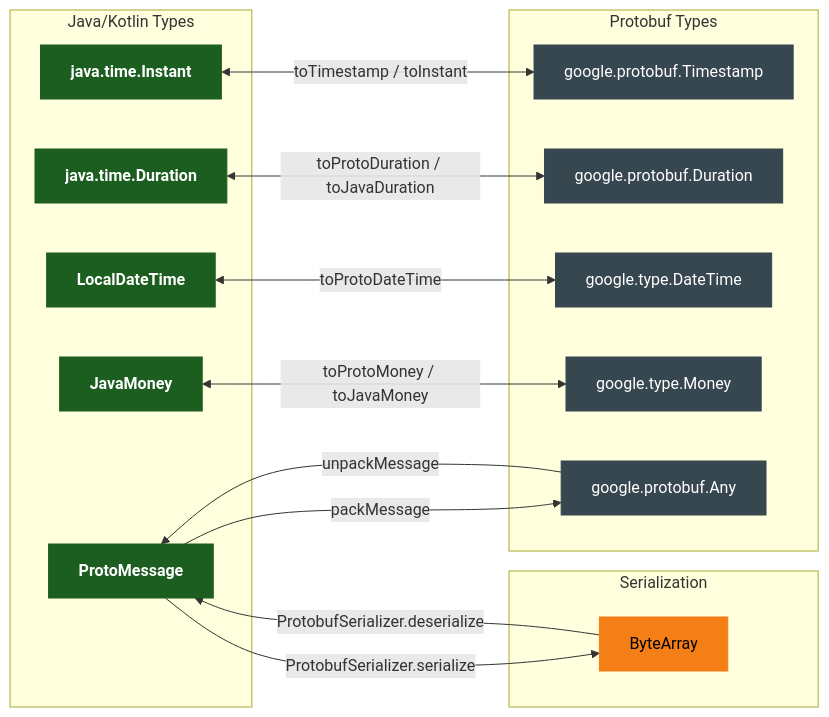
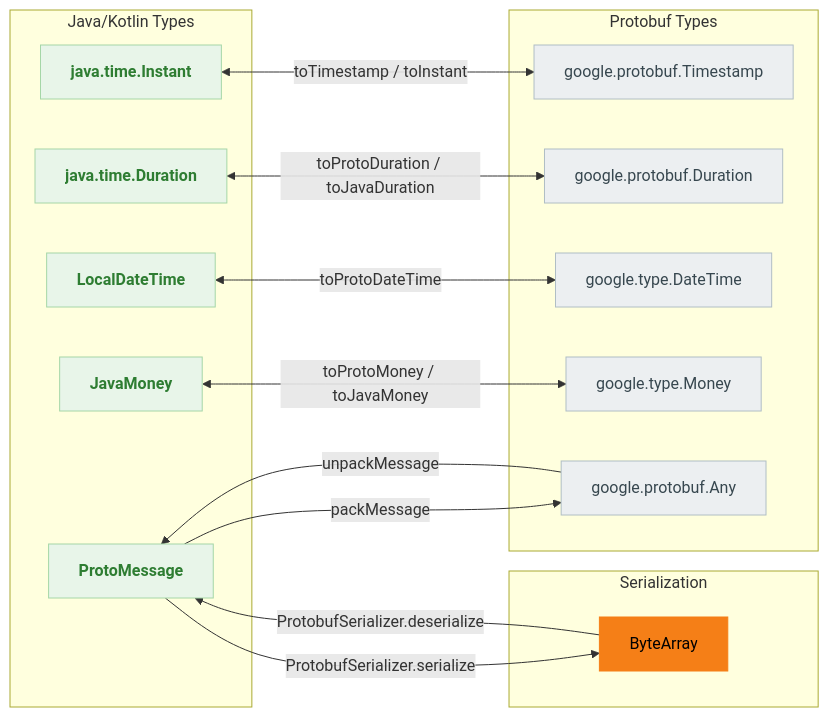
One commit to bluetape4k/bluetape4k-projects changed the second of 3 diagrams in io/protobuf/README.md. Above: the diagram before and after it, drawn with Mermaid. The commit also changed other lines of this file and 219 other files, not shown here.

First line of the commit message:
docs: 전체 README Mermaid 다이어그램 가이드 적용

````diff
--- a/io/protobuf/README.md
+++ b/io/protobuf/README.md
@@ -75,40 +75,40 @@
 ```mermaid
 flowchart LR
     subgraph Java_Types["Java/Kotlin Types"]
         INS[java.time.Instant]
         DUR[java.time.Duration]
         LDT[LocalDateTime]
         JM[JavaMoney]
         MSG[ProtoMessage]
     end
 
     subgraph Proto_Types["Protobuf Types"]
         TS[google.protobuf.Timestamp]
         PD[google.protobuf.Duration]
         DT[google.type.DateTime]
         PM[google.type.Money]
         ANY[google.protobuf.Any]
     end
 
     subgraph Serialization
         BA[ByteArray]
     end
 
     INS <-->|toTimestamp / toInstant| TS
     DUR <-->|toProtoDuration / toJavaDuration| PD
     LDT <-->|toProtoDateTime| DT
     JM <-->|toProtoMoney / toJavaMoney| PM
     MSG -->|packMessage| ANY
     ANY -->|unpackMessage| MSG
     MSG -->|ProtobufSerializer.serialize| BA
     BA -->|ProtobufSerializer.deserialize| MSG
 
-    classDef coreStyle fill:#1B5E20,stroke:#1B5E20,color:#FFFFFF,font-weight:bold
-    classDef serviceStyle fill:#1565C0,stroke:#1565C0,color:#FFFFFF
-    classDef extStyle fill:#37474F,stroke:#37474F,color:#FFFFFF
+    classDef coreStyle fill:#E8F5E9,stroke:#A5D6A7,color:#2E7D32,font-weight:bold
+    classDef serviceStyle fill:#E3F2FD,stroke:#90CAF9,color:#1565C0
+    classDef extStyle fill:#ECEFF1,stroke:#B0BEC5,color:#37474F
     classDef dataStyle fill:#F57F17,stroke:#F57F17,color:#000000
 
     class INS,DUR,LDT,JM,MSG coreStyle
     class TS,PD,DT,PM,ANY extStyle
     class BA dataStyle
 ```
````
